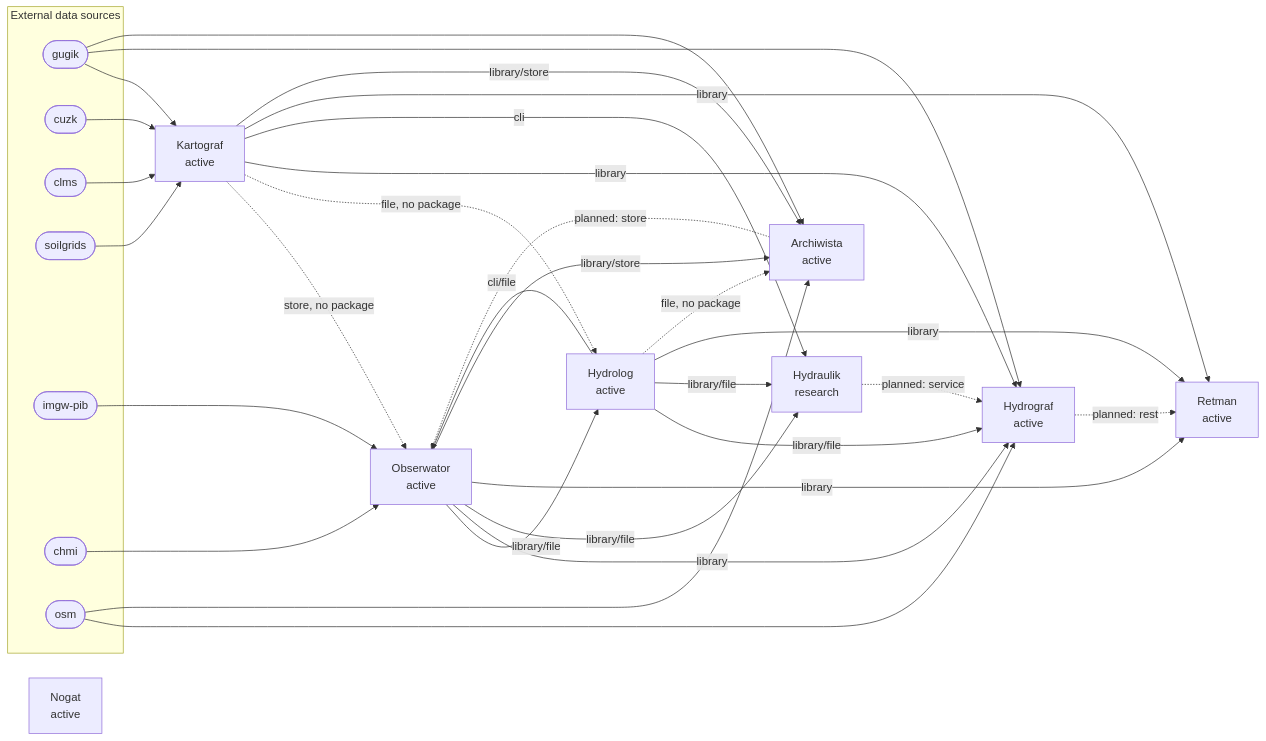
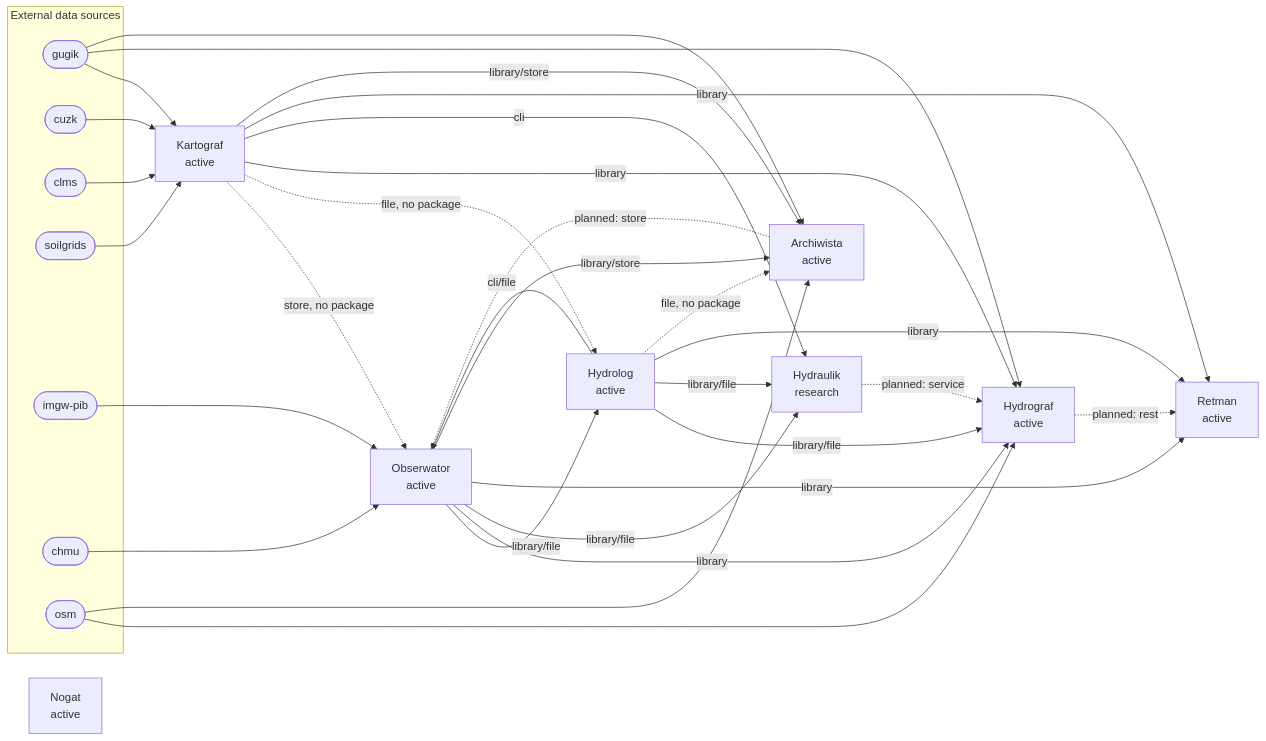
One commit to Daldek/Nogat changed the diagram in docs/ECOSYSTEM_MAP.md. Above: the diagram before and after it, drawn with Mermaid. The commit also changed other lines of this file and 9 other files, not shown here.

````diff
--- a/docs/ECOSYSTEM_MAP.md
+++ b/docs/ECOSYSTEM_MAP.md
@@ -15,49 +15,49 @@
 ```mermaid
 flowchart LR
   Nogat["Nogat<br/>active"]
   Kartograf["Kartograf<br/>active"]
   Obserwator["Obserwator<br/>active"]
   Hydrolog["Hydrolog<br/>active"]
   Hydrograf["Hydrograf<br/>active"]
   Hydraulik["Hydraulik<br/>research"]
   Retman["Retman<br/>active"]
   Archiwista["Archiwista<br/>active"]
   subgraph external[External data sources]
     src_gugik(["gugik"])
     src_cuzk(["cuzk"])
     src_clms(["clms"])
     src_soilgrids(["soilgrids"])
     src_imgw_pib(["imgw-pib"])
-    src_chmi(["chmi"])
+    src_chmu(["chmu"])
     src_osm(["osm"])
   end
   src_gugik --> Kartograf
   src_cuzk --> Kartograf
   src_clms --> Kartograf
   src_soilgrids --> Kartograf
   src_imgw_pib --> Obserwator
-  src_chmi --> Obserwator
+  src_chmu --> Obserwator
   src_gugik --> Hydrograf
   src_osm --> Hydrograf
   src_gugik --> Archiwista
   src_osm --> Archiwista
   Kartograf -. store, no package .-> Obserwator
   Archiwista -. planned: store .-> Obserwator
   Hydrolog -- cli/file --> Obserwator
   Obserwator -- library/file --> Hydrolog
   Kartograf -. file, no package .-> Hydrolog
   Kartograf -- library --> Hydrograf
   Hydrolog -- library/file --> Hydrograf
   Obserwator -- library --> Hydrograf
   Hydraulik -. planned: service .-> Hydrograf
   Kartograf -- cli --> Hydraulik
   Obserwator -- library/file --> Hydraulik
   Hydrolog -- library/file --> Hydraulik
   Kartograf -- library --> Retman
   Obserwator -- library --> Retman
   Hydrolog -- library --> Retman
   Hydrograf -. planned: rest .-> Retman
   Kartograf -- library/store --> Archiwista
   Obserwator -- library/store --> Archiwista
   Hydrolog -. file, no package .-> Archiwista
 ```
````
